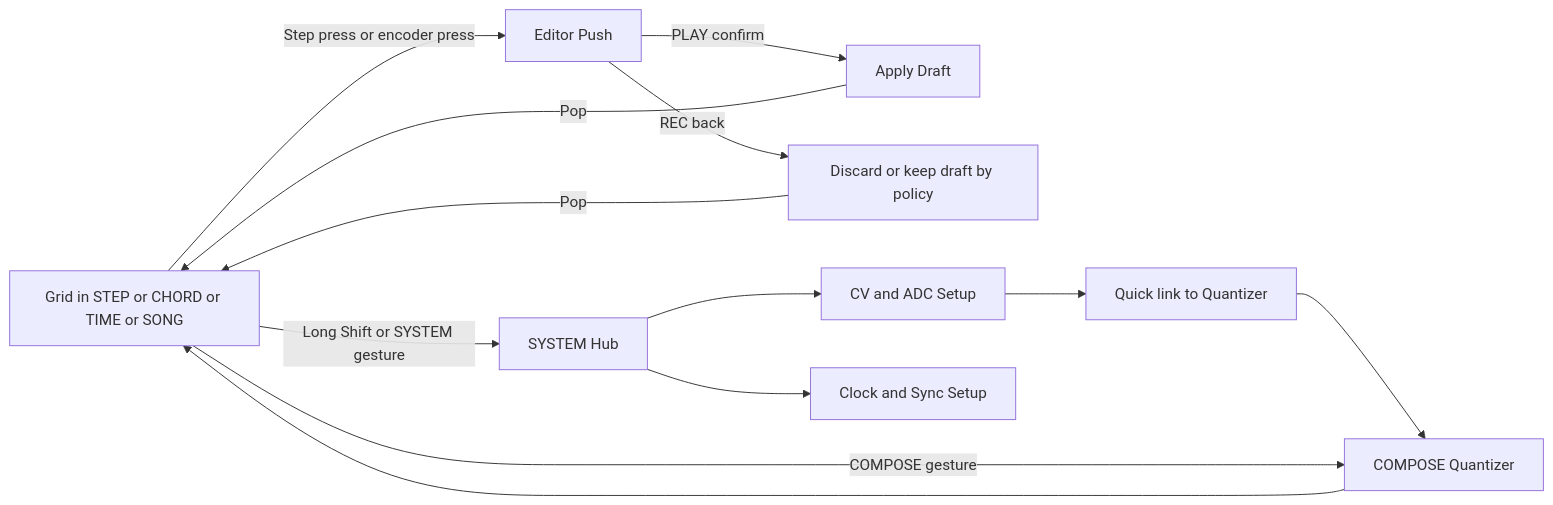
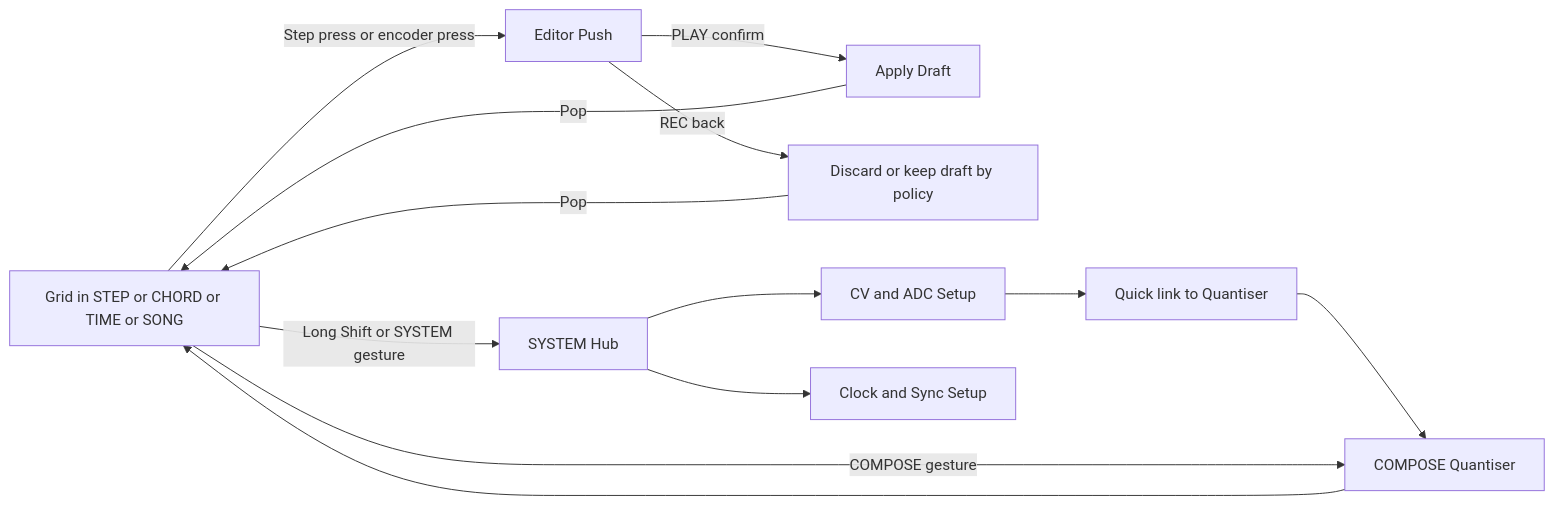
One commit to Interplain/Sequencer12 changed the second of 2 diagrams in UI_WORKFLOW_HIERARCHY.md. Above: the diagram before and after it, drawn with Mermaid. The commit also changed other lines of this file and 118 other files, not shown here.

````diff
--- a/UI_WORKFLOW_HIERARCHY.md
+++ b/UI_WORKFLOW_HIERARCHY.md
@@ -83,18 +83,18 @@
 ```mermaid
 flowchart LR
     G[Grid in STEP or CHORD or TIME or SONG]
     G -->|Step press or encoder press| ED[Editor Push]
     ED -->|PLAY confirm| AP[Apply Draft]
     AP -->|Pop| G
     ED -->|REC back| BK[Discard or keep draft by policy]
     BK -->|Pop| G
 
     G -->|Long Shift or SYSTEM gesture| SYS[SYSTEM Hub]
     SYS --> CV[CV and ADC Setup]
     SYS --> CLK[Clock and Sync Setup]
-    CV --> QP[Quick link to Quantizer]
-    QP --> Q[COMPOSE Quantizer]
+    CV --> QP[Quick link to Quantiser]
+    QP --> Q[COMPOSE Quantiser]
     Q --> G
 
     G -->|COMPOSE gesture| Q
 ```
````
